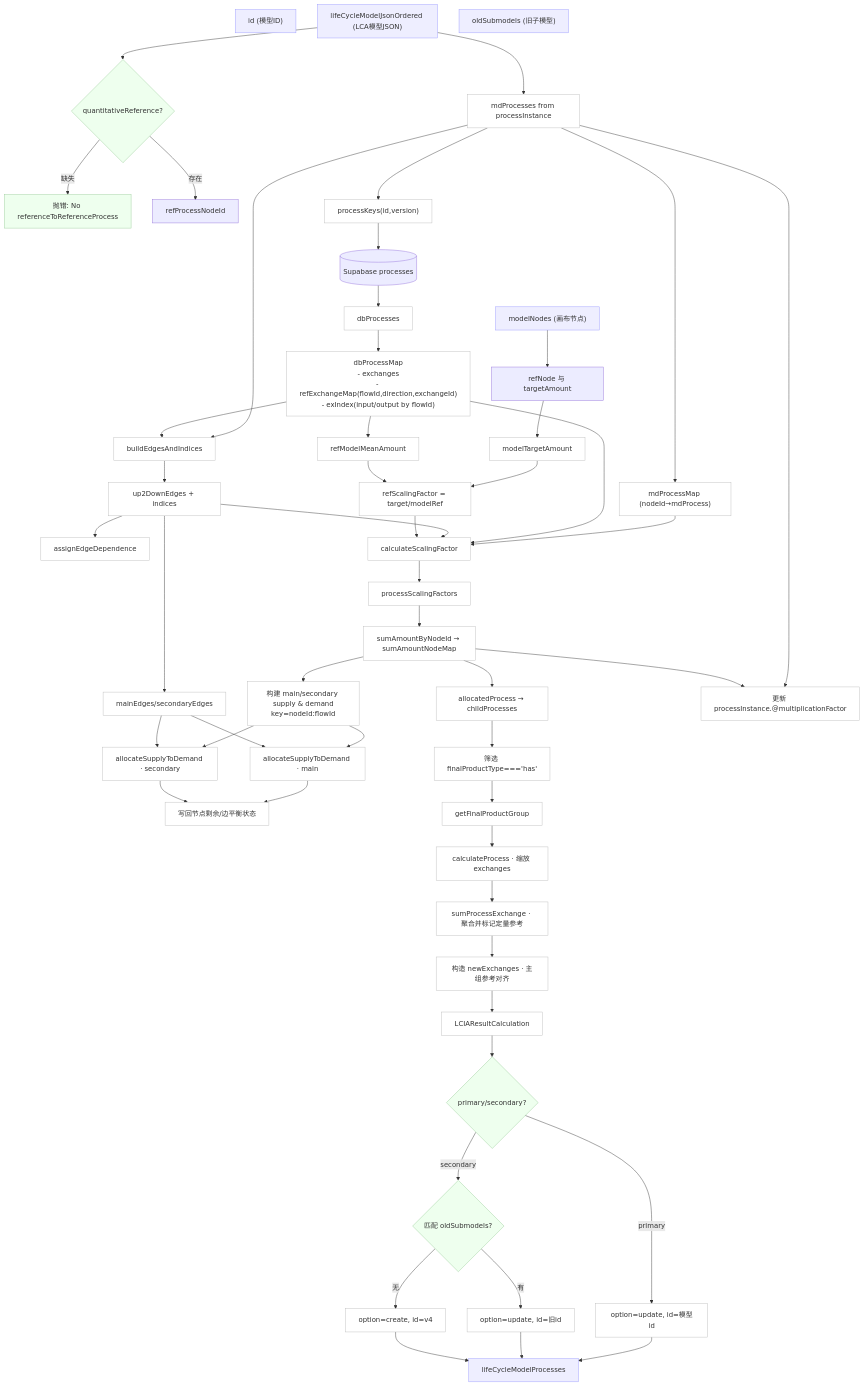
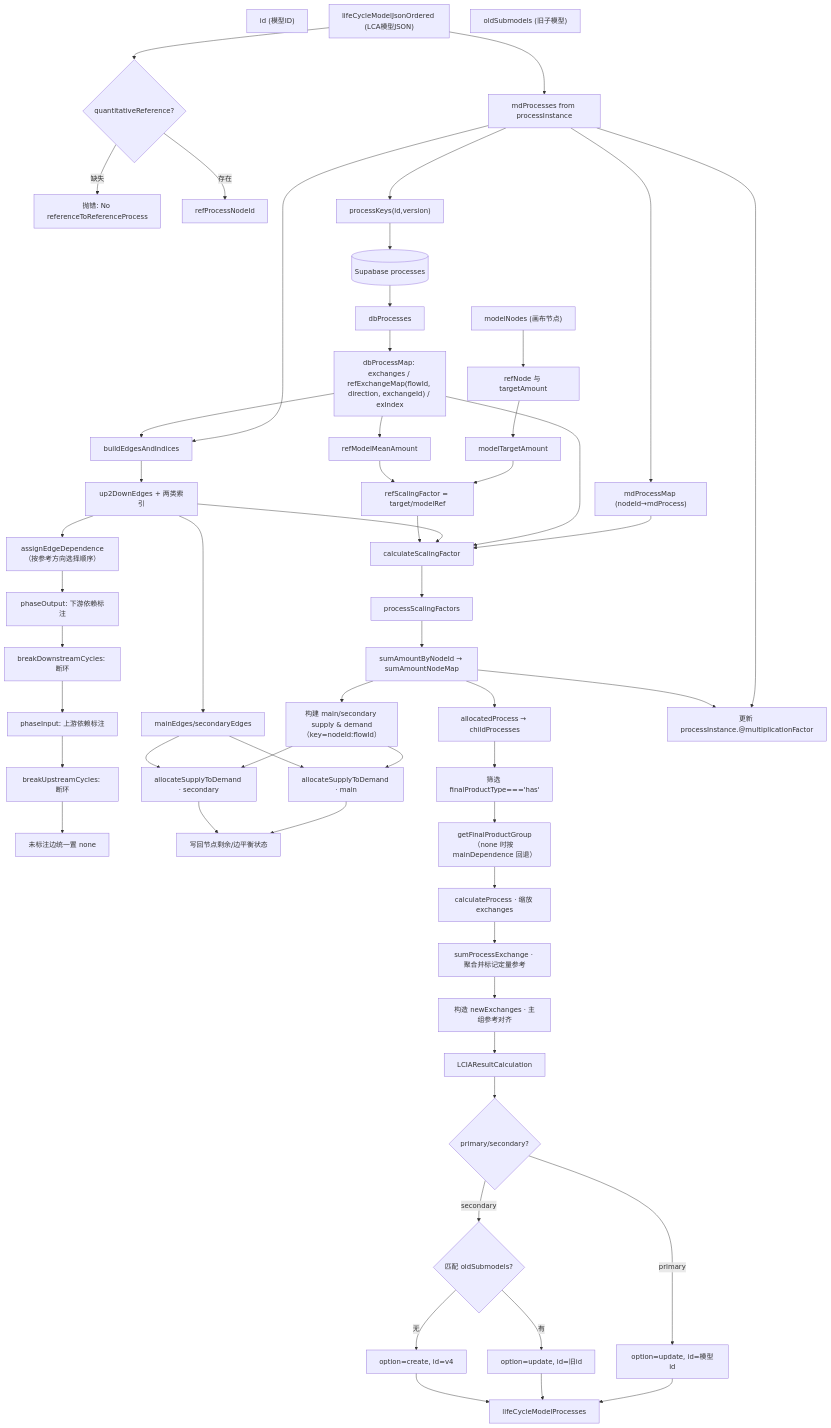
Before and after one commit to linancn/tiangong-lca-next: the first of 25 diagrams in .github/prompts/util_calculate.zh-CN.prompt.md, drawn with Mermaid. The commit also changed other lines of this file, not shown here.

Commit message:
fix: Optimize the process mapping and dependency annotation of the database, and enhance the description of the flowchart.

````diff
--- a/.github/prompts/util_calculate.zh-CN.prompt.md
+++ b/.github/prompts/util_calculate.zh-CN.prompt.md
@@ -73,80 +73,80 @@
 ```mermaid
 graph TD
   %% Inputs
   A["id (模型ID)"]
   B["modelNodes (画布节点)"]
   C["lifeCycleModelJsonOrdered (LCA模型JSON)"]
   D["oldSubmodels (旧子模型)"]
 
   %% Extract reference
   C --> C1{"quantitativeReference?"}
   C1 -->|缺失| E1["抛错: No referenceToReferenceProcess"]
   C1 -->|存在| C2["refProcessNodeId"]
   B --> B1["refNode 与 targetAmount"]
 
   %% Build model/db maps
   C --> C3["mdProcesses from processInstance"]
   C3 --> C4["mdProcessMap (nodeId→mdProcess)"]
   C3 --> C5["processKeys(id,version)"]
   C5 --> DB[(Supabase processes)]
   DB --> DB1["dbProcesses"]
-  DB1 --> DB2["dbProcessMap<br/>- exchanges<br/>- refExchangeMap(flowId,direction,exchangeId)<br/>- exIndex(input/output by flowId)"]
+  DB1 --> DB2["dbProcessMap: exchanges / refExchangeMap(flowId, direction, exchangeId) / exIndex"]
 
   %% Scaling factor & graph
   B1 --> S1["modelTargetAmount"]
   DB2 --> S2["refModelMeanAmount"]
   S1 --> S3["refScalingFactor = target/modelRef"]
   S2 --> S3
   C3 --> G1["buildEdgesAndIndices"]
   DB2 --> G1
-  G1 --> G2["up2DownEdges + indices"]
-  G2 --> G3["assignEdgeDependence"]
+  G1 --> G2["up2DownEdges + 两类索引"]
+
+  %% Dependence marking with cycle breaking (order depends on reference direction)
+  G2 --> G3["assignEdgeDependence（按参考方向选择顺序）"]
+  G3 --> G3o["phaseOutput: 下游依赖标注"]
+  G3o --> G3bd["breakDownstreamCycles: 断环"]
+  G3bd --> G3i["phaseInput: 上游依赖标注"]
+  G3i --> G3bu["breakUpstreamCycles: 断环"]
+  G3bu --> G3n["未标注边统一置 none"]
 
   %% Propagate scaling
   C4 --> P1["calculateScalingFactor"]
   DB2 --> P1
   G2 --> P1
   S3 --> P1
   P1 --> P2["processScalingFactors"]
   P2 --> P3["sumAmountByNodeId → sumAmountNodeMap"]
 
   %% Allocation (main/secondary)
-  P3 --> A1["构建 main/secondary supply & demand<br/>key=nodeId:flowId"]
+  P3 --> A1["构建 main/secondary supply & demand（key=nodeId:flowId）"]
   G2 --> A2["mainEdges/secondaryEdges"]
   A1 --> AL1["allocateSupplyToDemand · main"]
   A2 --> AL1
   A1 --> AL2["allocateSupplyToDemand · secondary"]
   A2 --> AL2
   AL1 --> R1["写回节点剩余/边平衡状态"]
   AL2 --> R1
 
   %% Child processes & final groups
   P3 --> CP["allocatedProcess → childProcesses"]
   CP --> FP["筛选 finalProductType==='has'"]
-  FP --> FG["getFinalProductGroup"]
+  FP --> FG["getFinalProductGroup（none 时按 mainDependence 回退）"]
   FG --> CE["calculateProcess · 缩放 exchanges"]
   CE --> SE["sumProcessExchange · 聚合并标记定量参考"]
 
   %% Build submodels
   SE --> SM1["构造 newExchanges · 主组参考对齐"]
   SM1 --> LCIA["LCIAResultCalculation"]
   LCIA --> SM2{"primary/secondary?"}
   SM2 -->|primary| SM3["option=update, id=模型id"]
   SM2 -->|secondary| SM4{"匹配 oldSubmodels?"}
   SM4 -->|有| SM5["option=update, id=旧id"]
   SM4 -->|无| SM6["option=create, id=v4"]
 
   %% Write back and return
   C3 --> W1["更新 processInstance.@multiplicationFactor"]
   P3 --> W1
   SM3 --> OUT["lifeCycleModelProcesses"]
   SM5 --> OUT
   SM6 --> OUT
-
-  classDef io fill:#eef,stroke:#99f;
-  classDef proc fill:#efe,stroke:#9c9;
-  classDef data fill:#fff,stroke:#bbb;
-  class A,B,C,D,OUT io;
-  class C3,C4,C5,DB1,DB2,S1,S2,S3,G1,G2,G3,P1,P2,P3,A1,A2,AL1,AL2,R1,CP,FP,FG,CE,SE,SM1,LCIA,SM2,SM3,SM4,SM5,SM6,W1 data;
-  class C1,E1,SM2,SM4 proc;
 ```
````
